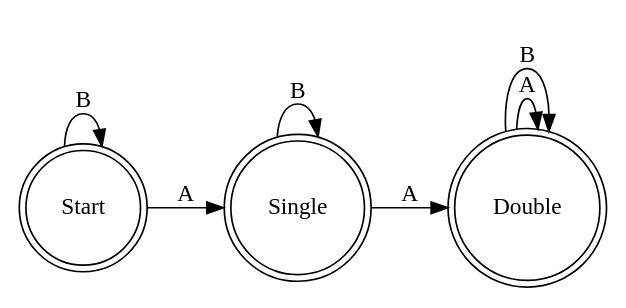
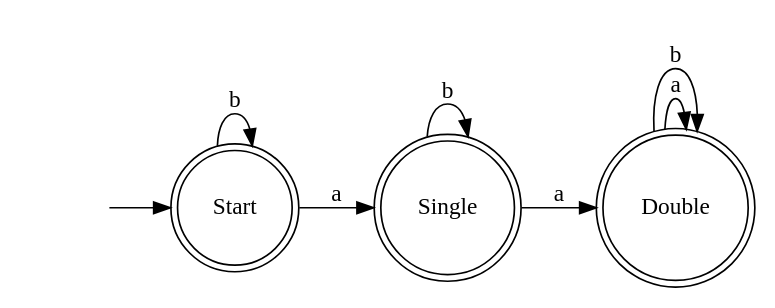
One commit to Hoverbear/CSC-320 changed the diagram in assignments/a1/graphs/2-l3.dot. Above: the diagram before and after it, drawn with Graphviz. The commit also changed 4 other files, not shown here.

Commit message:
Updated graphics

```diff
--- a/assignments/a1/graphs/2-l3.dot
+++ b/assignments/a1/graphs/2-l3.dot
@@ -1,16 +1,19 @@
 digraph finite_state_machine {
 	rankdir = LR;
 	/*size = "4,6"*/
 	/*ppi = 300*/
+	node [ shape = none ] "";
 	node [ shape = doublecircle ]; "Single" "Start" "Double";
 	node [ shape = circle ];
 
-	"Start" -> "Single"  [ label = "A" ]
-	"Start" -> "Start"   [ label = "B" ]
+	"" -> "Start"
 
-    "Single" -> "Double"   [ label = "A" ]
-    "Single" -> "Single"   [ label = "B" ]
+	"Start" -> "Single"  [ label = "a" ]
+	"Start" -> "Start"   [ label = "b" ]
 
-    "Double" -> "Double" [ label = "A"]
-    "Double" -> "Double" [ label = "B"]
+    "Single" -> "Double"   [ label = "a" ]
+    "Single" -> "Single"   [ label = "b" ]
+
+    "Double" -> "Double" [ label = "a"]
+    "Double" -> "Double" [ label = "b"]
 }
```
